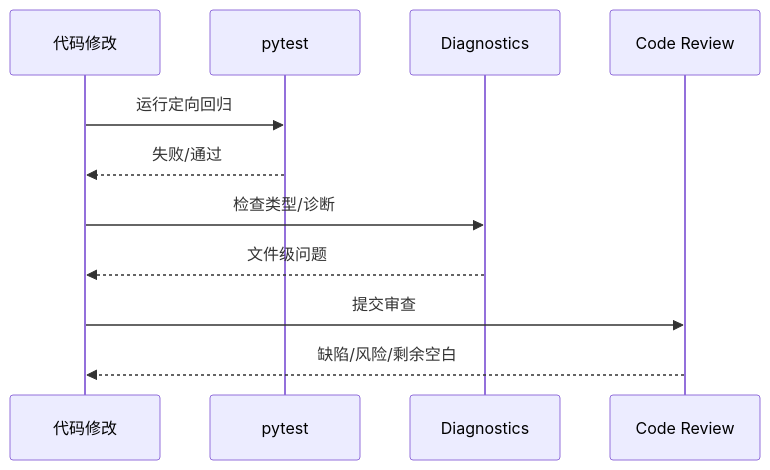
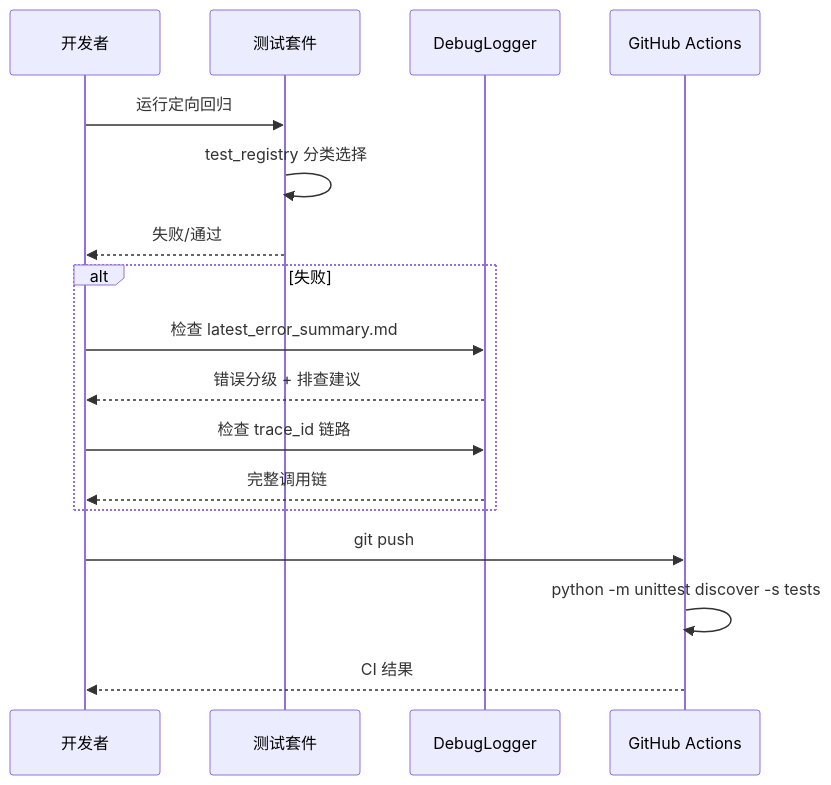
Before and after one commit to haohaizi554/UniversalCrawler: the sixth of 6 diagrams in mermaid/09-testing-and-quality.md, drawn with Mermaid. The commit also changed other lines of this file and 78 other files, not shown here.

Commit message:
Sync local workspace: packaging adaptation, frontend hardening, and architecture review.

````diff
--- a/mermaid/09-testing-and-quality.md
+++ b/mermaid/09-testing-and-quality.md
@@ -55,14 +191,22 @@
 ```mermaid
 sequenceDiagram
-    participant Dev as 代码修改
-    participant Test as pytest
-    participant Diag as Diagnostics
-    participant Reviewer as Code Review
+    participant Dev as 开发者
+    participant Test as 测试套件
+    participant Diag as DebugLogger
+    participant CI as GitHub Actions
 
     Dev->>Test: 运行定向回归
+    Test->>Test: test_registry 分类选择
     Test-->>Dev: 失败/通过
-    Dev->>Diag: 检查类型/诊断
-    Diag-->>Dev: 文件级问题
-    Dev->>Reviewer: 提交审查
-    Reviewer-->>Dev: 缺陷/风险/剩余空白
+    
+    alt 失败
+        Dev->>Diag: 检查 latest_error_summary.md
+        Diag-->>Dev: 错误分级 + 排查建议
+        Dev->>Diag: 检查 trace_id 链路
+        Diag-->>Dev: 完整调用链
+    end
+    
+    Dev->>CI: git push
+    CI->>CI: python -m unittest discover -s tests
+    CI-->>Dev: CI 结果
 ```
````
